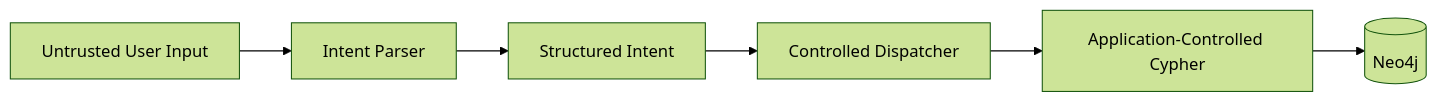
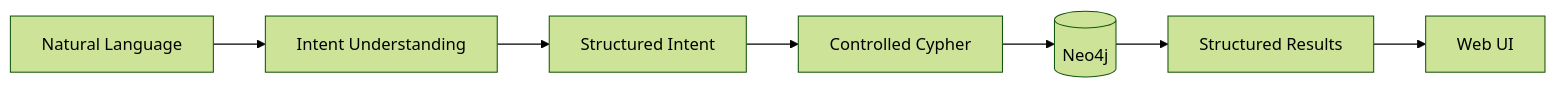
Before and after one commit to sydelendure/healthcare-knowledge-graph-assistant: the fourth of 4 diagrams in README.md, drawn with Mermaid (forest theme). The commit also changed other lines of this file, not shown here.

````diff
--- a/README.md
+++ b/README.md
@@ -1022,15 +255,9 @@
 ```mermaid
 flowchart LR
-
-    USER["Untrusted User Input"]
-
-    USER --> PARSER["Intent Parser"]
-
-    PARSER --> INTENT["Structured Intent"]
-
-    INTENT --> DISPATCH["Controlled Dispatcher"]
-
-    DISPATCH --> CYPHER["Application-Controlled Cypher"]
-
-    CYPHER --> DB[("Neo4j")]
+    A["Natural Language"] --> B["Intent Understanding"]
+    B --> C["Structured Intent"]
+    C --> D["Controlled Cypher"]
+    D --> E[("Neo4j")]
+    E --> F["Structured Results"]
+    F --> G["Web UI"]
 ```
````
